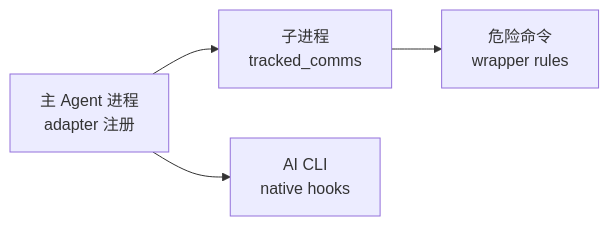
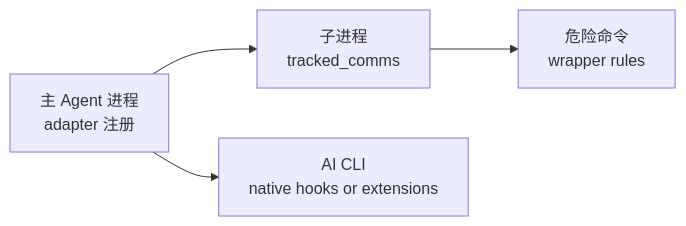
The second of 2 diagrams in docs/integrations/agents.md (stevessr/agent-ebpf-filter), drawn with Mermaid before and after one commit. The commit also changed other lines of this file and 28 other files, not shown here.

````diff
--- a/docs/integrations/agents.md
+++ b/docs/integrations/agents.md
@@ -177,6 +177,6 @@
 ```mermaid
 flowchart LR
     Main["主 Agent 进程<br/>adapter 注册"] --> Sub["子进程<br/>tracked_comms"]
-    Main --> Hook["AI CLI<br/>native hooks"]
+    Main --> Hook["AI CLI<br/>native hooks or extensions"]
     Sub --> Policy["危险命令<br/>wrapper rules"]
 ```
````
